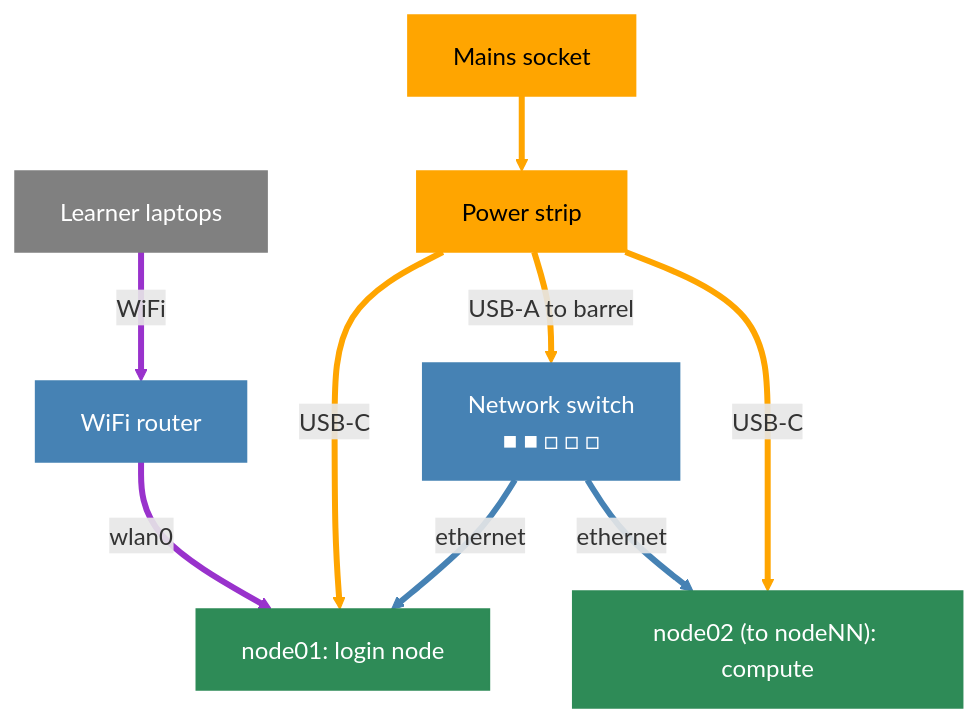
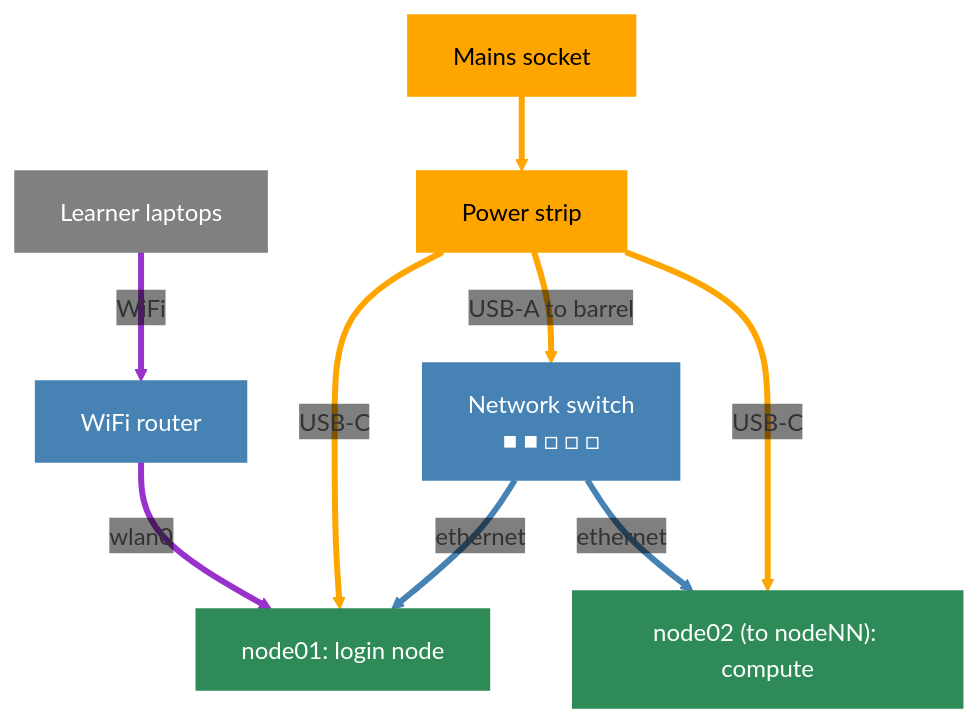
One commit to carpentriesoffline/Building_a_miniHPC_for_Training changed the diagram in episodes/01-intro.md. Above: the diagram before and after it, drawn with Mermaid.

Commit message:
Ensure edge label backgrounds render transparent

````diff
--- a/episodes/01-intro.md
+++ b/episodes/01-intro.md
@@ -74,23 +74,24 @@
 ```mermaid
+%%{init: {"themeVariables": {"edgeLabelBackground": "transparent"}} }%%
 graph TD
     Mains[Mains socket] --> PSU[Power strip]
     PSU -->|USB-A to barrel| Switch["Network switch<br/>■ ■ □ □ □"]
     Switch -->|ethernet| node01
     PSU -->|USB-C| node01["node01: login node"]
     PSU -->|USB-C| nodeN["node02 (to nodeNN): compute"]
     Switch -->|ethernet| nodeN
     Router[WiFi router] -->|wlan0| node01
     Laptops[Learner laptops] -->|WiFi| Router
 
     style Mains   fill:orange, stroke:orange, color:black
     style PSU     fill:orange, stroke:orange, color:black
     style Switch  fill:steelblue, stroke:steelblue, color:white
     style Router  fill:steelblue, stroke:steelblue, color:white
     style node01  fill:seagreen, stroke:seagreen, color:white
     style nodeN   fill:seagreen, stroke:seagreen, color:white
     style Laptops fill:gray, stroke:gray, color:white
 
     linkStyle 0,1,3,4 stroke:orange, stroke-width:4px
     linkStyle 2,5     stroke:steelblue, stroke-width:4px
     linkStyle 6,7     stroke:darkorchid, stroke-width:4px
 ```
````
